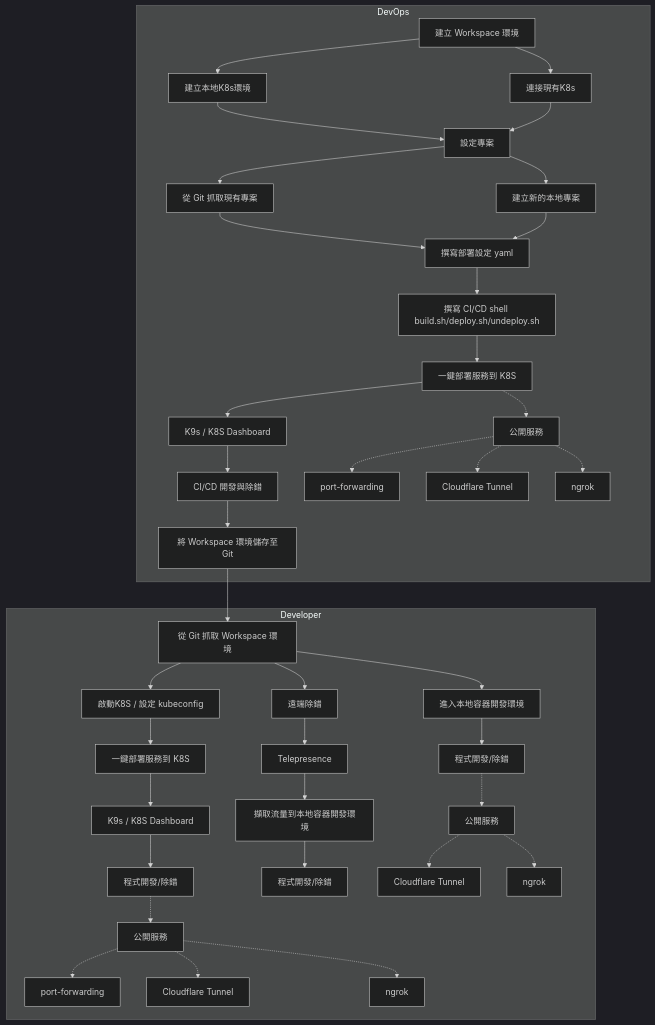
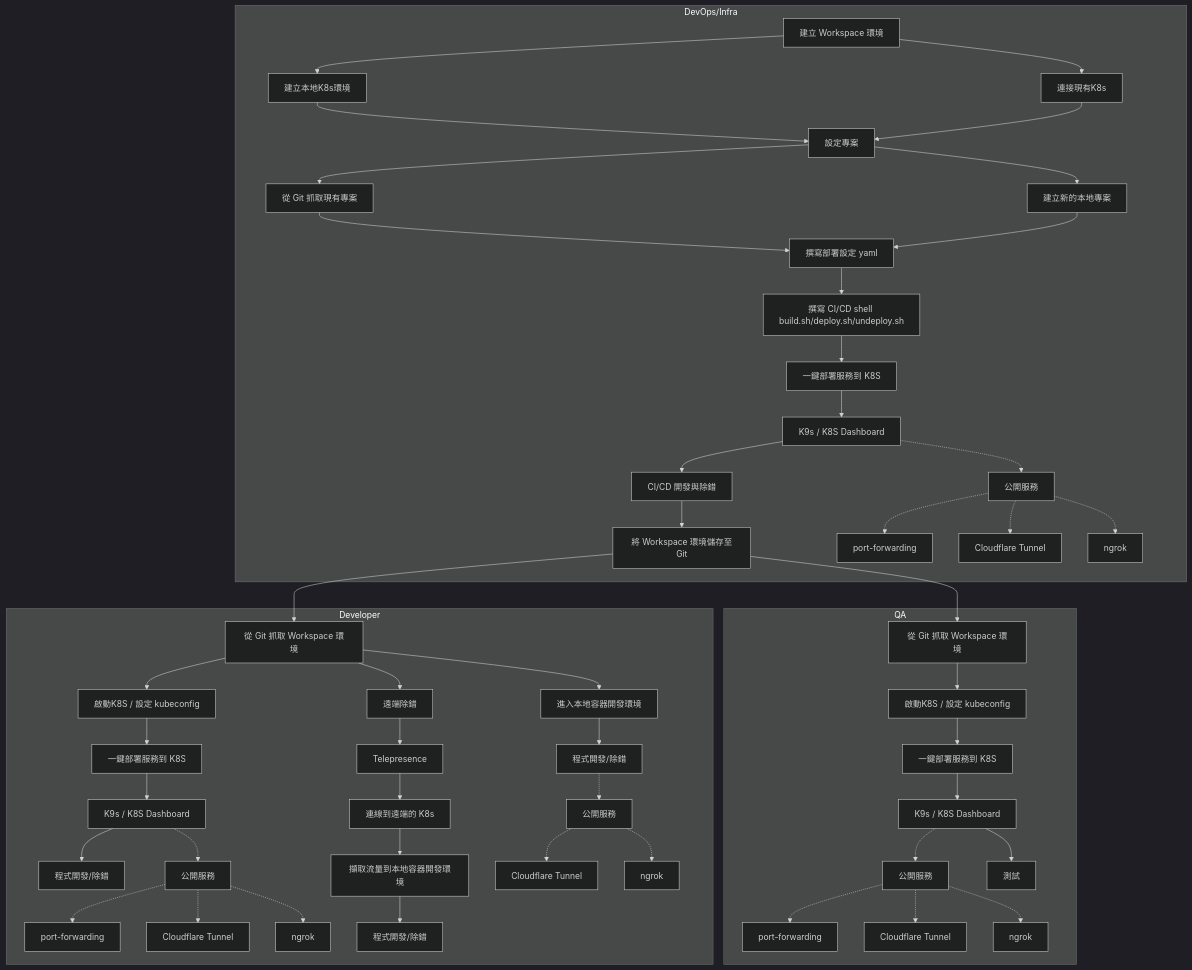
The diagram in README.md (r82wei/KDE-cli), drawn with Mermaid (dark theme) before and after one commit. The commit also changed other lines of this file, not shown here.

````diff
--- a/README.md
+++ b/README.md
@@ -36,6 +46,6 @@
 ```mermaid
 flowchart TD
-    subgraph DevOps["DevOps"]
+    subgraph Ops["DevOps/Infra"]
         A[建立 Workspace 環境]
         A1[建立本地K8s環境]
         A2[連接現有K8s]
@@ -68,6 +78,7 @@
         F1[Cloudflare Tunnel]
         F2[ngrok]
         L[Telepresence]
+        L1[連線到遠端的 K8s]
         N[擷取流量到本地容器開發環境]
         O[公開服務]
         O1[port-forwarding]
@@ -76,7 +87,20 @@
 
     end
 
-    %% DevOps
+    subgraph QA["QA"]
+        QA_git_pull[從 Git 抓取 Workspace 環境]
+        QA_start_k8s[啟動K8S / 設定 kubeconfig]
+        QA_deploy[一鍵部署服務到 K8S]
+        QA_monitor[K9s / K8S Dashboard]
+        QA_test[測試]
+        QA_expose[公開服務]
+        QA_port_forwarding[port-forwarding]
+        QA_cloudflare_tunnel[Cloudflare Tunnel]
+        QA_ngrok[ngrok]
+
+    end
+
+    %% DevOps/Infra
     A --> A1
     A --> A2
     A1 --> B
@@ -91,32 +115,28 @@
     DevOps_Monitor --> E
     E --> G
     %% 公開服務
-    D -.-> M
+    DevOps_Monitor -.-> M
     M -.-> M1
     M -.-> M2
     M -.-> M3
 
+    %% Developer
     G --> H
-
-    %% Developer
     H --> DEV_START_K8S
-
     %% K8S 開發環境
     DEV_START_K8S --> I1
     I1 --> Dev_Monitor
     Dev_Monitor --> J1
-    J1 -.-> O
+    Dev_Monitor -.-> O
     O -.-> O1
     O -.-> O2
     O -.-> O3
-
     %% 遠端除錯
     H --> I2
     I2 -->  L
-    L --> N
+    L --> L1
+    L1 --> N
     N --> J3
-
-
     %% 本地容器開發環境
     H --> I3
     I3 --> J2
@@ -124,6 +144,17 @@
     F -.-> F1
     F -.-> F2
 
+    %% QA
+    G --> QA_git_pull
+    QA_git_pull --> QA_start_k8s
+    QA_start_k8s --> QA_deploy
+    QA_deploy --> QA_monitor
+    QA_monitor -.-> QA_expose
+    QA_monitor --> QA_test
+    QA_expose -.-> QA_port_forwarding
+    QA_expose -.-> QA_cloudflare_tunnel
+    QA_expose -.-> QA_ngrok
+
 
 
 ```
````
